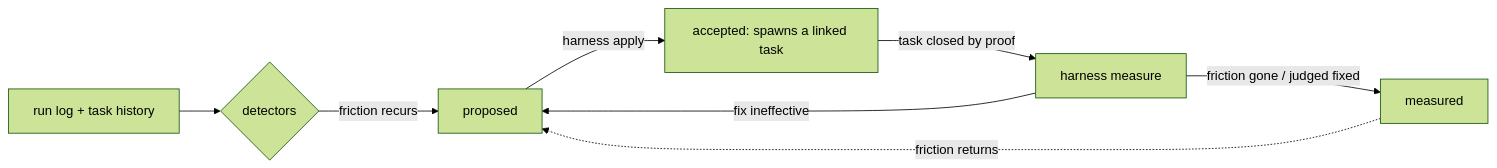
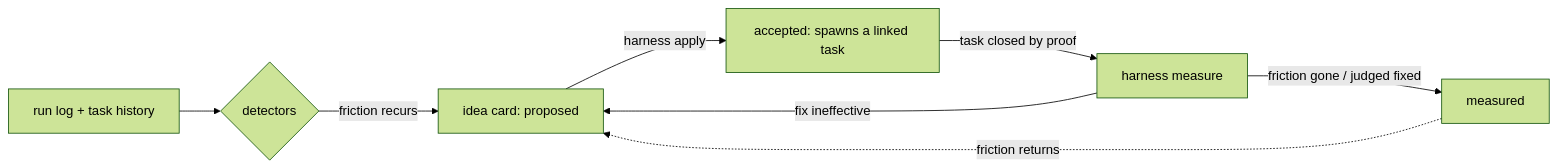
Before and after one commit to ReinaMacCredy/maestro: the second of 2 diagrams in README.md, drawn with Mermaid (forest theme). The commit also changed other lines of this file, not shown here.

Commit message:
docs(readme): align with card model source

````diff
--- a/README.md
+++ b/README.md
@@ -512,10 +467,10 @@
 ```mermaid
 flowchart LR
     H[run log + task history] --> D{detectors}
-    D -->|"friction recurs"| P[proposed]
+    D -->|"friction recurs"| P[idea card: proposed]
     P -->|"harness apply"| A[accepted: spawns a linked task]
     A -->|"task closed by proof"| M[harness measure]
     M -->|"friction gone / judged fixed"| V[measured]
     M -->|"fix ineffective"| P
     V -.->|"friction returns"| P
 ```
````
